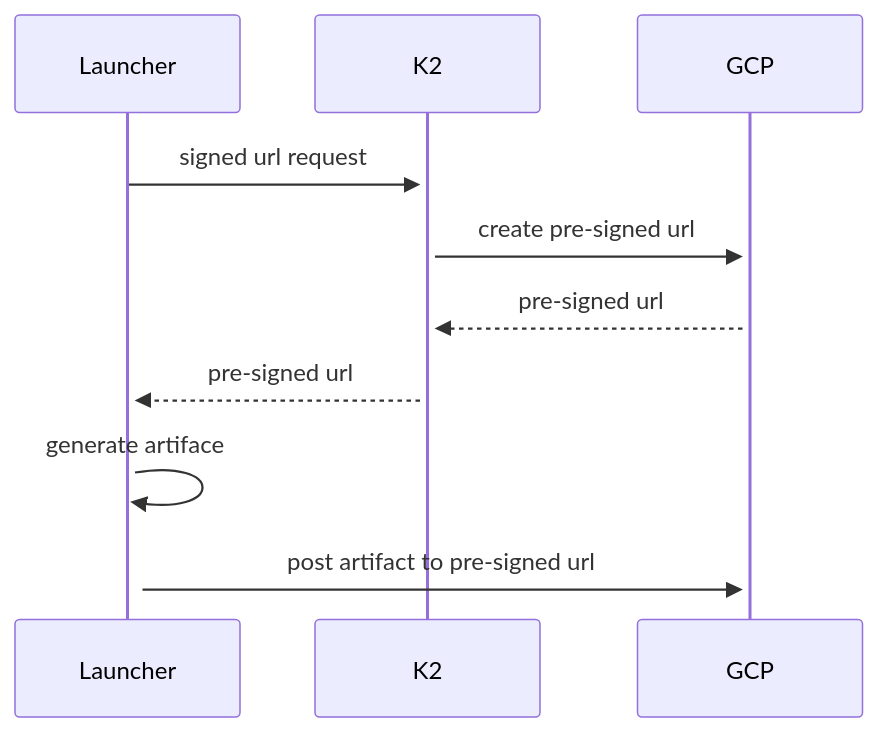
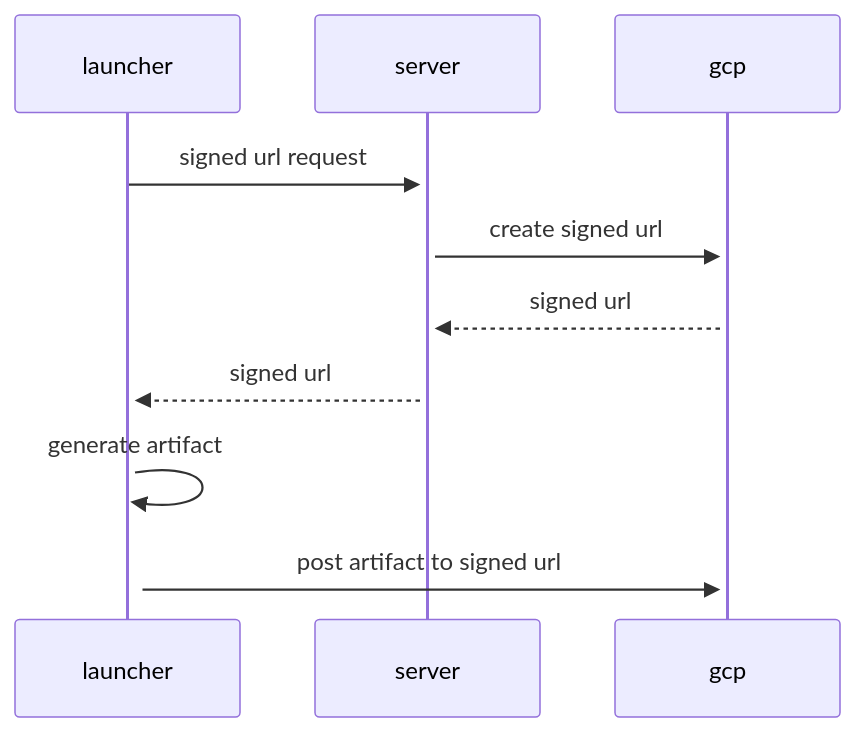
Before and after one commit to kolide/launcher: the first of 2 diagrams in pkg/debug/shipper/README.MD, drawn with Mermaid. The commit also changed other lines of this file, not shown here.

Commit message:
add docs for server iniitated shipping flow

````diff
--- a/pkg/debug/shipper/README.MD
+++ b/pkg/debug/shipper/README.MD
@@ -1,9 +2,9 @@
 ```mermaid
 sequenceDiagram
-    Launcher->>+K2: signed url request
-    K2->>+GCP: create pre-signed url
-    GCP-->>+K2: pre-signed url
-    K2-->>+Launcher: pre-signed url
-    Launcher->>+Launcher: generate artiface
-    Launcher->>+GCP: post artifact to pre-signed url
+    launcher->>+server: signed url request
+    server->>+gcp: create signed url
+    gcp-->>+server: signed url
+    server-->>+launcher: signed url
+    launcher->>+launcher: generate artifact
+    launcher->>+gcp: post artifact to signed url
 ```
````
